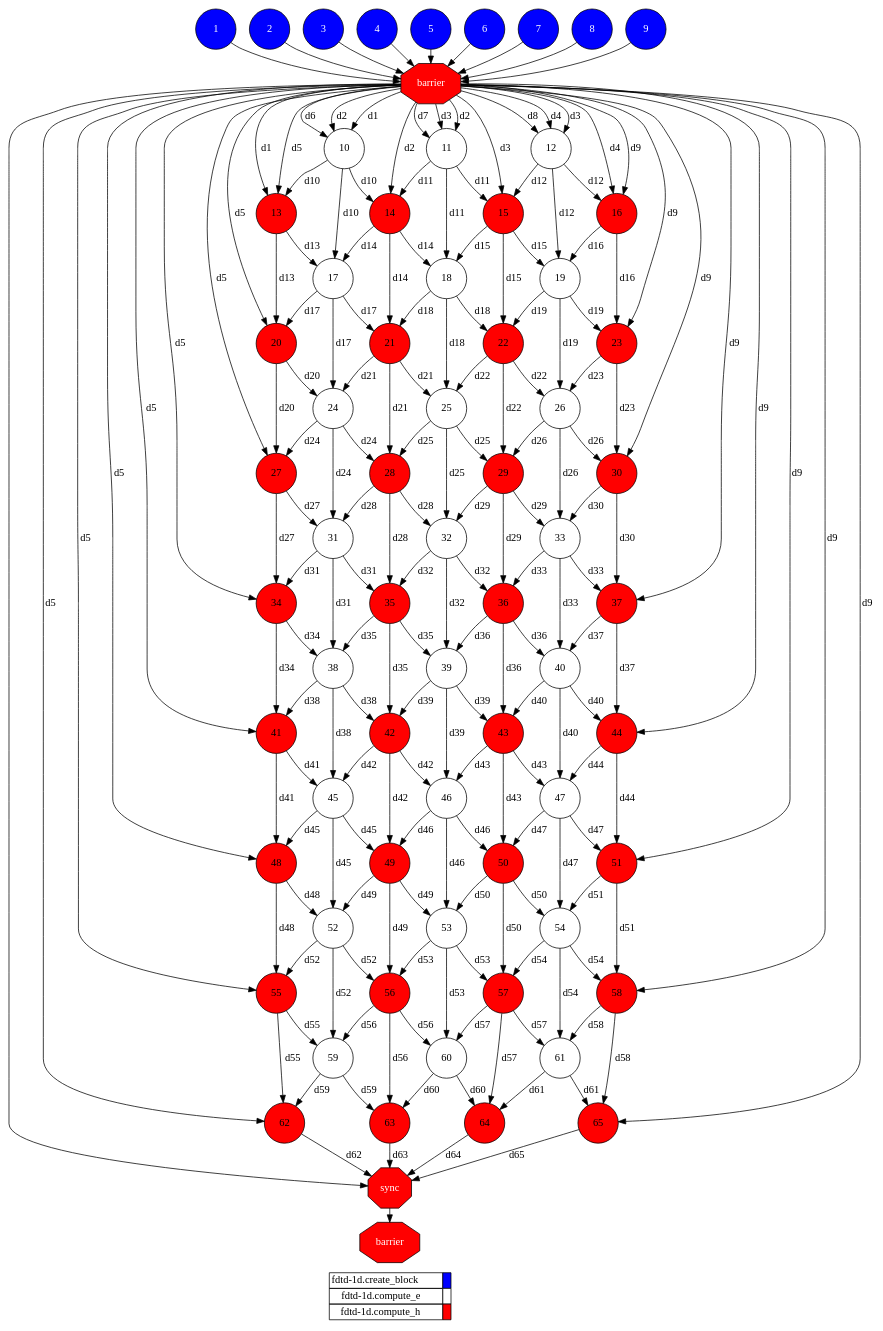
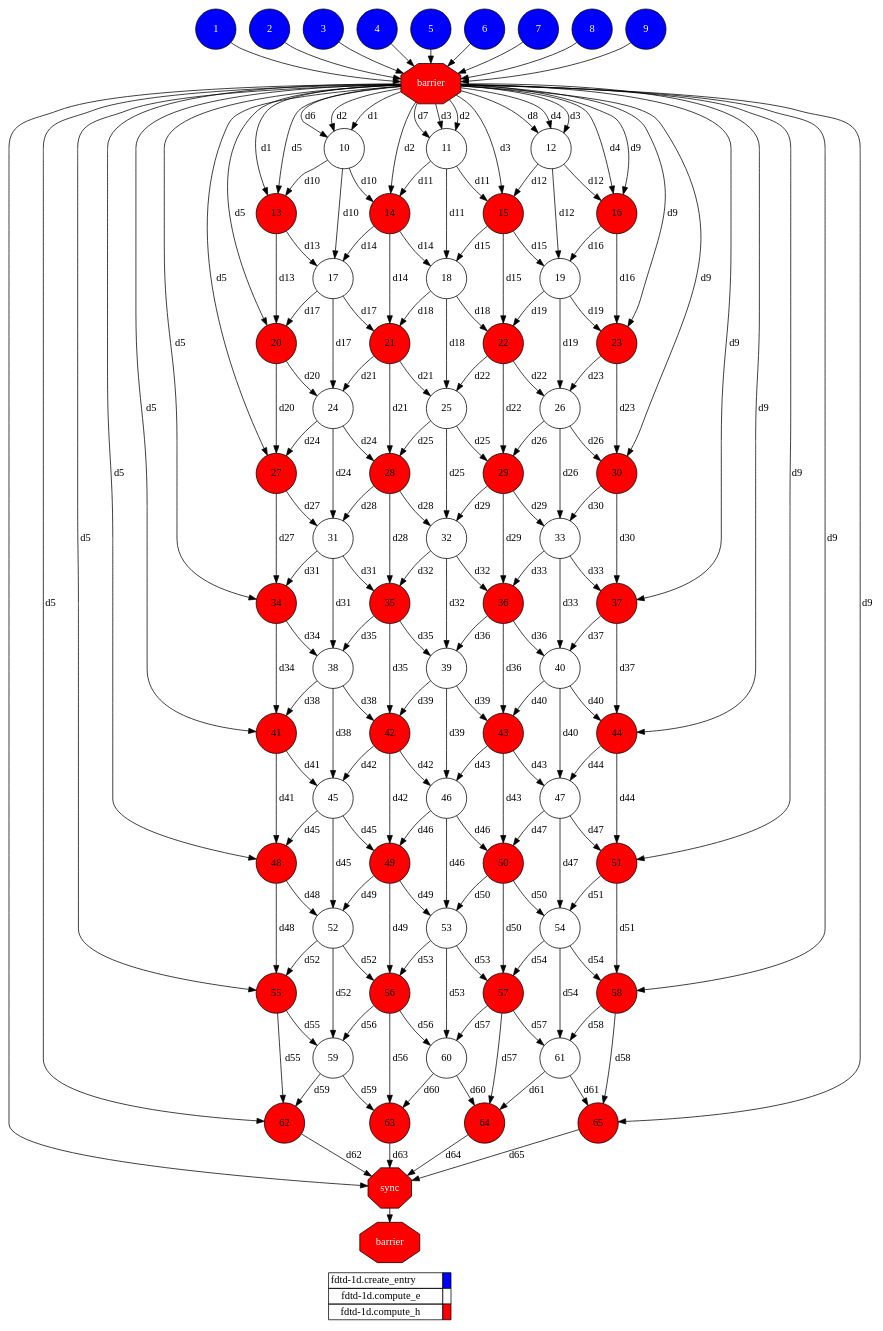
Before and after one commit to cristianrcv/pycompss-autoparallel: the diagram in examples/fdtd-1d/userparallel/results/local/complete_graph.dot, drawn with Graphviz. The commit also changed 150 other files, not shown here.

Commit message:
Update traces and graphs

```diff
--- a/examples/fdtd-1d/userparallel/results/local/complete_graph.dot
+++ b/examples/fdtd-1d/userparallel/results/local/complete_graph.dot
@@ -15,15 +15,15 @@
 8[shape=circle, style=filled fillcolor="#0000ff" fontcolor="#ffffff"];
 9[shape=circle, style=filled fillcolor="#0000ff" fontcolor="#ffffff"];
 Synchro1[label="barrier", shape=octagon, style=filled fillcolor="#ff0000" fontcolor="#FFFFFF"];
+3 -> Synchro1;
+7 -> Synchro1;
+8 -> Synchro1;
+1 -> Synchro1;
+4 -> Synchro1;
+2 -> Synchro1;
+5 -> Synchro1;
+9 -> Synchro1;
 6 -> Synchro1;
-4 -> Synchro1;
-5 -> Synchro1;
-7 -> Synchro1;
-2 -> Synchro1;
-8 -> Synchro1;
-9 -> Synchro1;
-1 -> Synchro1;
-3 -> Synchro1;
 10[shape=circle, style=filled fillcolor="#ffffff" fontcolor="#000000"];
 Synchro1 -> 10[ label="d6" ];
 Synchro1 -> 10[ label="d2" ];
@@ -264,7 +264,7 @@
     key [label=<
       <table border="0" cellpadding="2" cellspacing="0" cellborder="1">
 <tr>
-<td align="right">fdtd-1d.create_block</td>
+<td align="right">fdtd-1d.create_entry</td>
 <td bgcolor="#0000ff">&nbsp;</td>
 </tr>
 <tr>
```
